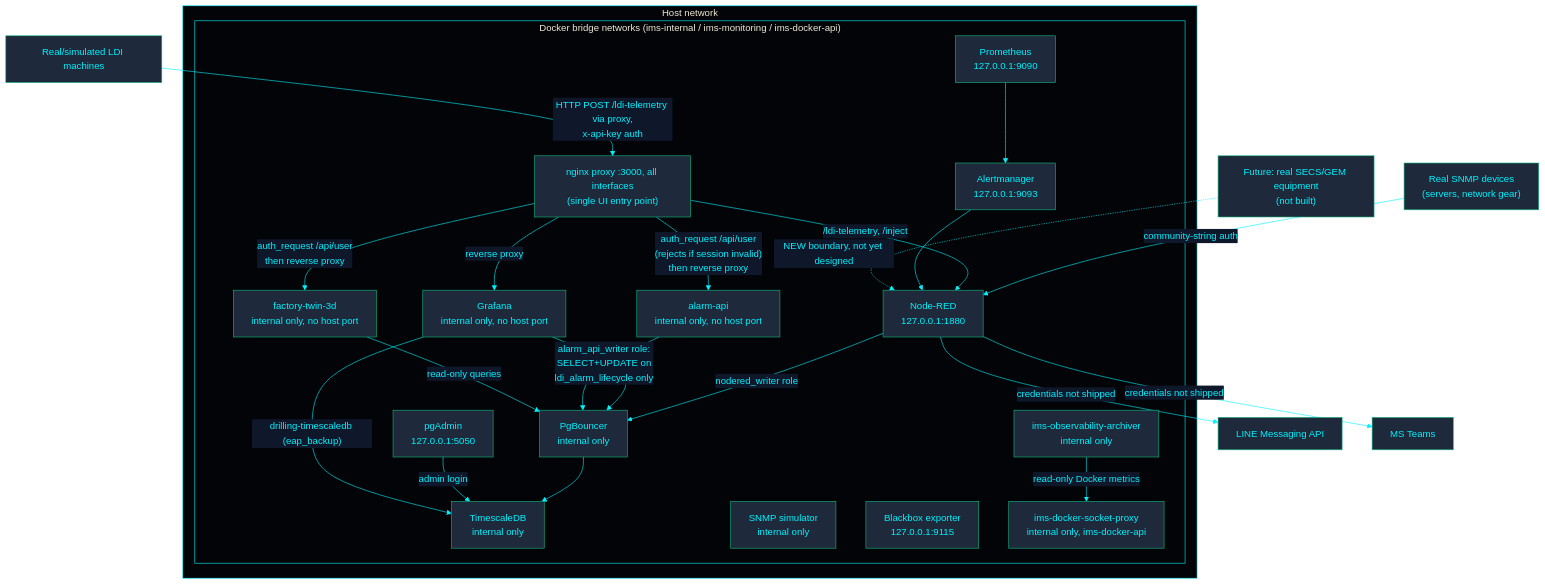
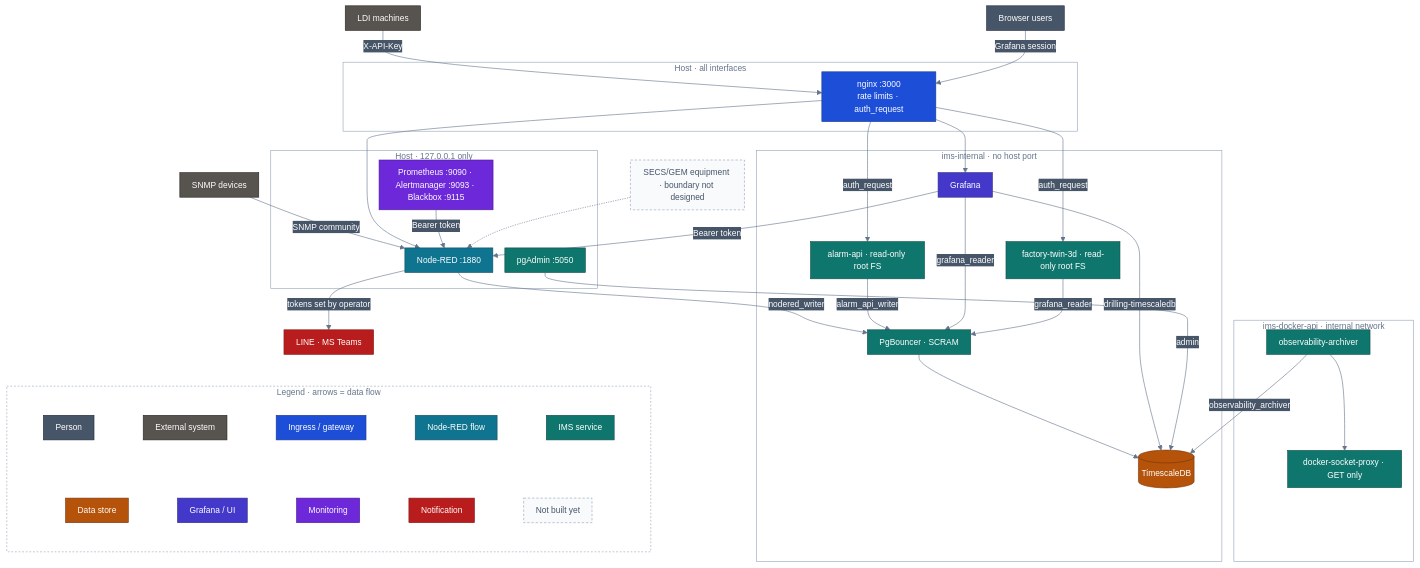
The diagram in docs/architecture/SECURITY_MODEL.md (PATTANAKORN025/IMS), drawn with Mermaid before and after one commit. The commit also changed 84 other files, not shown here.

First line of the commit message:
docs(diagrams): one verified, accessible standard for every Mermaid diagram

````diff
--- a/docs/architecture/SECURITY_MODEL.md
+++ b/docs/architecture/SECURITY_MODEL.md
@@ -18,43 +18,78 @@
 ```mermaid
-%%{init: {'theme': 'base', 'themeVariables': { 'primaryColor': '#1e293b', 'primaryTextColor': '#00F2FE', 'primaryBorderColor': '#10B981', 'lineColor': '#00F2FE', 'secondaryColor': '#0f172a', 'tertiaryColor': '#0f172a', 'clusterBkg': '#030407', 'clusterBorder': '#00F2FE'}}}%%
+%%{init: {"flowchart": {"nodeSpacing": 20, "rankSpacing": 32, "padding": 10, "wrappingWidth": 150, "curve": "basis"}, "sequence": {"wrap": true, "width": 170, "actorMargin": 36, "boxMargin": 8, "noteMargin": 8, "messageMargin": 30, "mirrorActors": false}, "state": {"padding": 6}, "theme": "base", "themeVariables": {"fontFamily": "Inter, Segoe UI, Helvetica, Arial, sans-serif", "fontSize": "14px", "primaryColor": "#334155", "primaryTextColor": "#ffffff", "primaryBorderColor": "#1e293b", "lineColor": "#64748b", "textColor": "#64748b", "secondaryColor": "#475569", "tertiaryColor": "#f1f5f9", "clusterBkg": "transparent", "clusterBorder": "#94a3b8", "titleColor": "#64748b", "edgeLabelBackground": "#475569", "nodeTextColor": "#ffffff", "noteBkgColor": "#fef3c7", "noteTextColor": "#1e293b", "noteBorderColor": "#d97706", "actorBkg": "#334155", "actorTextColor": "#ffffff", "actorBorder": "#1e293b", "actorLineColor": "#94a3b8", "signalColor": "#64748b", "signalTextColor": "#64748b", "labelBoxBkgColor": "#334155", "labelBoxBorderColor": "#1e293b", "labelTextColor": "#ffffff", "loopTextColor": "#64748b", "activationBkgColor": "#e2e8f0", "sequenceNumberColor": "#ffffff", "stateLabelColor": "#ffffff", "compositeBackground": "transparent", "transitionColor": "#64748b", "transitionLabelColor": "#64748b"}}}%%
 flowchart TB
- subgraph HOST["Host network"]
-  subgraph DOCKER["Docker bridge networks (ims-internal / ims-monitoring / ims-docker-api)"]
-   PROXY["nginx proxy :3000, all interfaces\n(single UI entry point)"]
-   GRAFANA["Grafana\ninternal only, no host port"]
-   ALARMAPI["alarm-api\ninternal only, no host port"]
-   TWIN["factory-twin-3d\ninternal only, no host port"]
-   NODERED["Node-RED\n127.0.0.1:1880"]
-   PROM["Prometheus\n127.0.0.1:9090"]
-   AM["Alertmanager\n127.0.0.1:9093"]
-   PGB["PgBouncer\ninternal only"]
-   TSDB["TimescaleDB\ninternal only"]
-   PGADMIN["pgAdmin\n127.0.0.1:5050"]
-   SNMPSIM["SNMP simulator\ninternal only"]
-   BLACKBOX["Blackbox exporter\n127.0.0.1:9115"]
-    SOCKPROXY["ims-docker-socket-proxy\ninternal only, ims-docker-api"]
-    ARCHIVER["ims-observability-archiver\ninternal only"]
+  accTitle: Trust boundaries
+  accDescr: Only nginx listens on all host interfaces; Node-RED, Prometheus, Alertmanager, Blackbox and pgAdmin bind to 127.0.0.1; every database client uses its own least-privilege role; the archiver reaches Docker only through a read-only socket proxy on an isolated network; alert webhooks need a bearer token.
+  EXT1["LDI machines"]:::ext
+  EXT2["SNMP devices"]:::ext
+  USER["Browser users"]:::actor
+  subgraph PUBLIC["Host · all interfaces"]
+    PROXY["nginx :3000<br/>rate limits · auth_request"]:::ingress
   end
- end
+  subgraph LOOP["Host · 127.0.0.1 only"]
+    NR["Node-RED :1880"]:::flow
+    PROM["Prometheus :9090 · Alertmanager :9093 · Blackbox :9115"]:::obs
+    PGADMIN["pgAdmin :5050"]:::app
+  end
+  subgraph INTERNAL["ims-internal · no host port"]
+    GRAF["Grafana"]:::viz
+    ALARM["alarm-api · read-only root FS"]:::app
+    TWIN["factory-twin-3d · read-only root FS"]:::app
+    PGB["PgBouncer · SCRAM"]:::app
+    TSDB[("TimescaleDB")]:::store
+  end
+  subgraph DOCKERAPI["ims-docker-api · internal network"]
+    ARCH["observability-archiver"]:::app
+    SOCK["docker-socket-proxy · GET only"]:::app
+  end
+  NOTIFY["LINE · MS Teams"]:::notify
+  FUT["SECS/GEM equipment · boundary not designed"]:::future
 
- EXT1["Real SNMP devices\n(servers, network gear)"] -->|"community-string auth"| NODERED
- EXT2["Real/simulated LDI machines"] -->|"HTTP POST /ldi-telemetry via proxy,\nx-api-key auth"| PROXY
- PROXY -->|"/ldi-telemetry, /inject"| NODERED
- NODERED -->|"nodered_writer role"| PGB --> TSDB
- PROXY -->|"reverse proxy"| GRAFANA
- PROXY -->|"auth_request /api/user\n(rejects if session invalid)\nthen reverse proxy"| ALARMAPI
- PROXY -->|"auth_request /api/user\nthen reverse proxy"| TWIN
- GRAFANA --> PGB
- ALARMAPI -->|"alarm_api_writer role:\nSELECT+UPDATE on\nldi_alarm_lifecycle only"| PGB
- TWIN -->|"read-only queries"| PGB
- PGADMIN -->|"admin login"| TSDB
- PROM --> AM
- AM --> NODERED
- NODERED -->|"credentials not shipped"| LINE["LINE Messaging API"]
- NODERED -->|"credentials not shipped"| TEAMS["MS Teams"]
+  EXT1 -->|"X-API-Key"| PROXY
+  USER -->|"Grafana session"| PROXY
+  EXT2 -->|"SNMP community"| NR
+  PROXY --> NR
+  PROXY --> GRAF
+  PROXY -->|"auth_request"| ALARM
+  PROXY -->|"auth_request"| TWIN
+  NR -->|"nodered_writer"| PGB
+  ALARM -->|"alarm_api_writer"| PGB
+  GRAF -->|"grafana_reader"| PGB
+  TWIN -->|"grafana_reader"| PGB
+  PGB --> TSDB
+  GRAF -->|"drilling-timescaledb"| TSDB
+  ARCH -->|"observability_archiver"| TSDB
+  PGADMIN -->|"admin"| TSDB
+  ARCH --> SOCK
+  PROM -->|"Bearer token"| NR
+  GRAF -->|"Bearer token"| NR
+  NR -->|"tokens set by operator"| NOTIFY
+  FUT -.-> NR
 
- 
- ARCHIVER -->|"read-only Docker metrics"| SOCKPROXY
- GRAFANA -->|"drilling-timescaledb (eap_backup)"| TSDB
- FUTURE["Future: real SECS/GEM equipment\n(not built)"] -.->|"NEW boundary, not yet designed"| NODERED
+  subgraph LEGEND["Legend · arrows = data flow"]
+    direction TB
+    subgraph LEGEND_0[" "]
+      direction LR
+      LG_actor["Person"]:::actor ~~~ LG_ext["External system"]:::ext ~~~ LG_ingress["Ingress / gateway"]:::ingress ~~~ LG_flow["Node-RED flow"]:::flow ~~~ LG_app["IMS service"]:::app
+    end
+    subgraph LEGEND_1[" "]
+      direction LR
+      LG_store["Data store"]:::store ~~~ LG_viz["Grafana / UI"]:::viz ~~~ LG_obs["Monitoring"]:::obs ~~~ LG_notify["Notification"]:::notify ~~~ LG_future["Not built yet"]:::future
+    end
+    LEGEND_0 ~~~ LEGEND_1
+  end
+  NOTIFY ~~~ LEGEND
+  style LEGEND fill:transparent,stroke:#94a3b8,stroke-dasharray:3 3
+  style LEGEND_0 fill:transparent,stroke:transparent
+  style LEGEND_1 fill:transparent,stroke:transparent
+  classDef actor fill:#475569,stroke:#1e293b,color:#ffffff,stroke-width:1px
+  classDef ext fill:#57534e,stroke:#292524,color:#ffffff,stroke-width:1px
+  classDef ingress fill:#1d4ed8,stroke:#1e3a8a,color:#ffffff,stroke-width:1px
+  classDef app fill:#0f766e,stroke:#134e4a,color:#ffffff,stroke-width:1px
+  classDef flow fill:#0e7490,stroke:#164e63,color:#ffffff,stroke-width:1px
+  classDef store fill:#b45309,stroke:#78350f,color:#ffffff,stroke-width:1px
+  classDef viz fill:#4338ca,stroke:#312e81,color:#ffffff,stroke-width:1px
+  classDef obs fill:#6d28d9,stroke:#4c1d95,color:#ffffff,stroke-width:1px
+  classDef notify fill:#b91c1c,stroke:#7f1d1d,color:#ffffff,stroke-width:1px
+  classDef future fill:#f8fafc,stroke:#94a3b8,color:#475569,stroke-width:1px,stroke-dasharray:4 3
 ```
````
